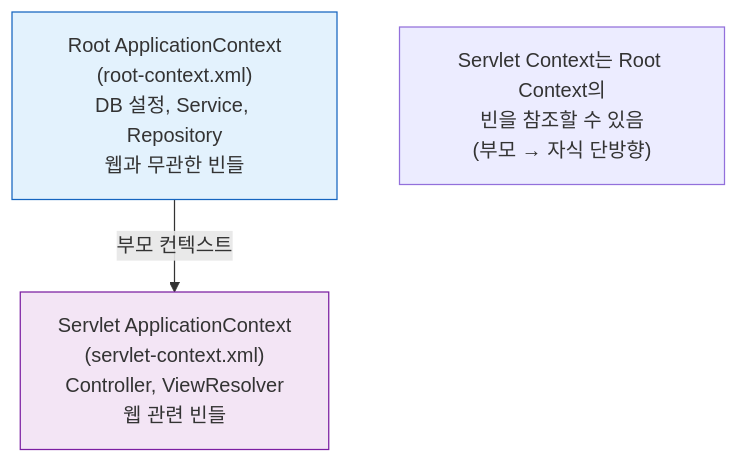
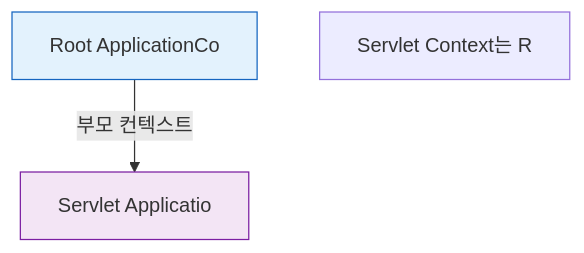
One commit to yjkim2015/yjkim2015.github.io changed the third of 5 diagrams in _posts/spring/2020-08-10-스프링 동작 구조.md. Above: the diagram before and after it, drawn with Mermaid. The commit also changed other lines of this file and 271 other files, not shown here.

First line of the commit message:
Mermaid 라벨 축소: 긴 노드 텍스트 18자 이하로 트림 + \n 제거

````diff
--- a/_posts/spring/2020-08-10-스프링 동작 구조.md
+++ b/_posts/spring/2020-08-10-스프링 동작 구조.md
@@ -109,9 +109,9 @@
 ```mermaid
 graph TD
-    ROOT_CTX["Root ApplicationContext\n(root-context.xml)\nDB 설정, Service, Repository\n웹과 무관한 빈들"]
-    SERVLET_CTX["Servlet ApplicationContext\n(servlet-context.xml)\nController, ViewResolver\n웹 관련 빈들"]
+    ROOT_CTX["Root ApplicationCo"]
+    SERVLET_CTX["Servlet Applicatio"]
     ROOT_CTX -->|"부모 컨텍스트"| SERVLET_CTX
-    NOTE1["Servlet Context는 Root Context의\n빈을 참조할 수 있음\n(부모 → 자식 단방향)"]
+    NOTE1["Servlet Context는 R"]
     style ROOT_CTX fill:#e3f2fd,stroke:#1565c0
     style SERVLET_CTX fill:#f3e5f5,stroke:#7b1fa2
 ```
````
